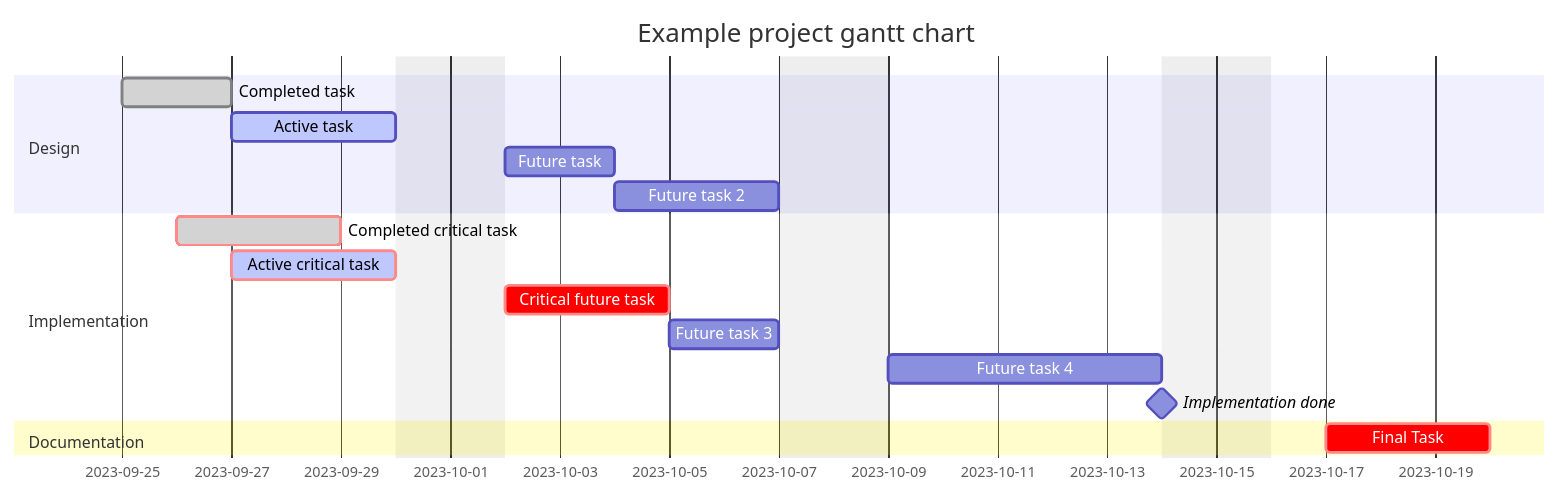
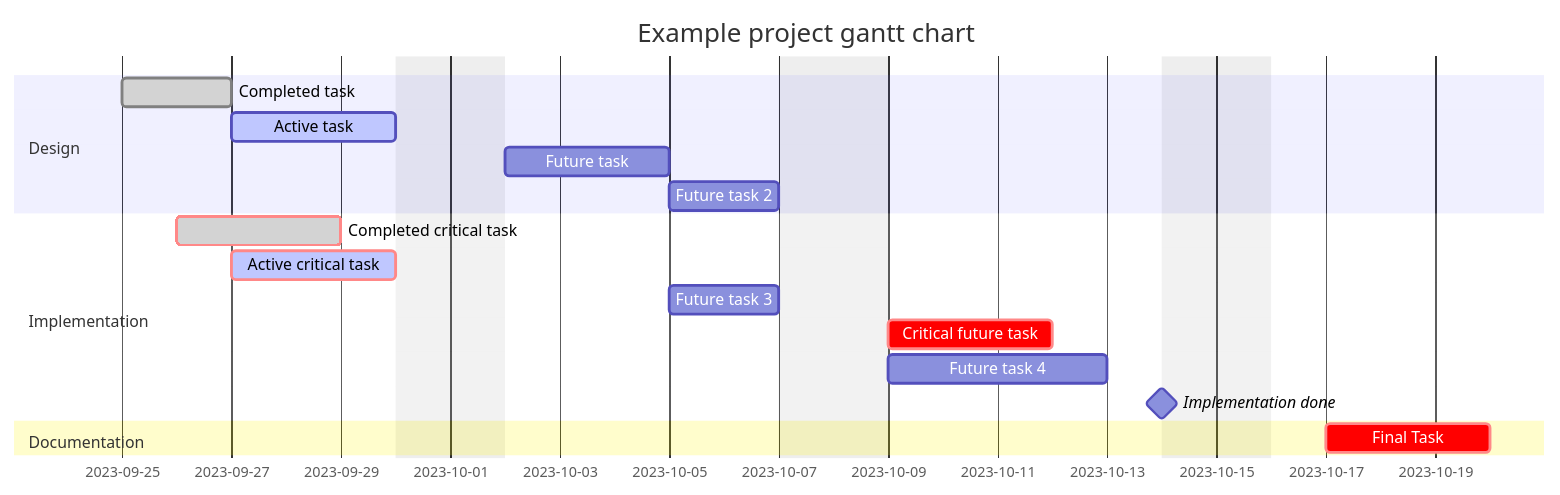
One commit to Jack-R-Scaife/markdownExamples changed the diagram in README.md. Above: the diagram before and after it, drawn with Mermaid.

Commit message:
final gantrt changes

````diff
--- a/README.md
+++ b/README.md
@@ -50,24 +50,24 @@
 ```mermaid
 gantt
     dateFormat  YYYY-MM-DD
     title       Example project gantt chart
     excludes    weekends
     %% (`excludes` accepts specific dates in YYYY-MM-DD format, days of the week ("sunday") or "weekends", but not the word "weekdays".)
 
     section Design
     Completed task            :done,    des1, 2023-09-25, 2d
     Active task               :active,  des2, 2023-09-27, 3d
-    Future task               :         des3, after des2, 2d
-    Future task 2             :         des4, after des3, 3d
+    Future task               :         des3, after des2, 3d
+    Future task 2             :         des4, after des3, 2d
 
     section Implementation
     Completed critical task             :crit, done, 2023-09-26, 72h
     Active critical task                :crit, active, after des1, 3d
-    Critical future task                :crit, 3d
-    Future task 3                       :2d
-    Future task 4                       :5d
+    Future task 3                       :after des3, 2d
+    Critical future task                :crit, after des4, 3d
+    Future task 4                       :after des4, 4d
     Implementation done                 :milestone, 2023-10-14, 0d
 
     section Documentation
     Final Task                          :crit, 2023-10-17, 3d
 ```
````
